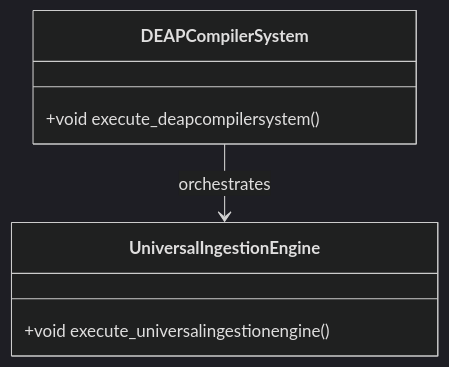
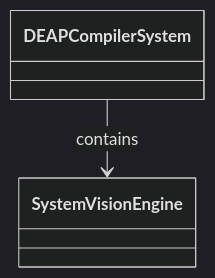
Before and after one commit to gintatkinson/dumpiler-01: the diagram in docs/features/FEAT-05-DEAPCompilerSystem.md, drawn with Mermaid (dark theme). The commit also changed other lines of this file and 101 other files, not shown here.

````diff
--- a/docs/features/FEAT-05-DEAPCompilerSystem.md
+++ b/docs/features/FEAT-05-DEAPCompilerSystem.md
@@ -25,10 +29,6 @@
 ```mermaid
 classDiagram
-    class DEAPCompilerSystem {
-        +void execute_deapcompilersystem()
-    }
-    class UniversalIngestionEngine {
-        +void execute_universalingestionengine()
-    }
-    DEAPCompilerSystem --> UniversalIngestionEngine : orchestrates
+    class DEAPCompilerSystem
+    class SystemVisionEngine
+    DEAPCompilerSystem --> SystemVisionEngine : contains
 ```
````
